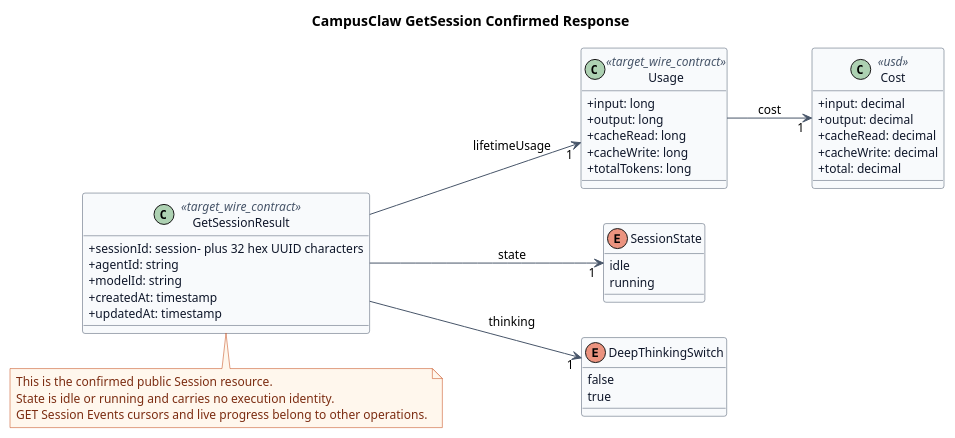
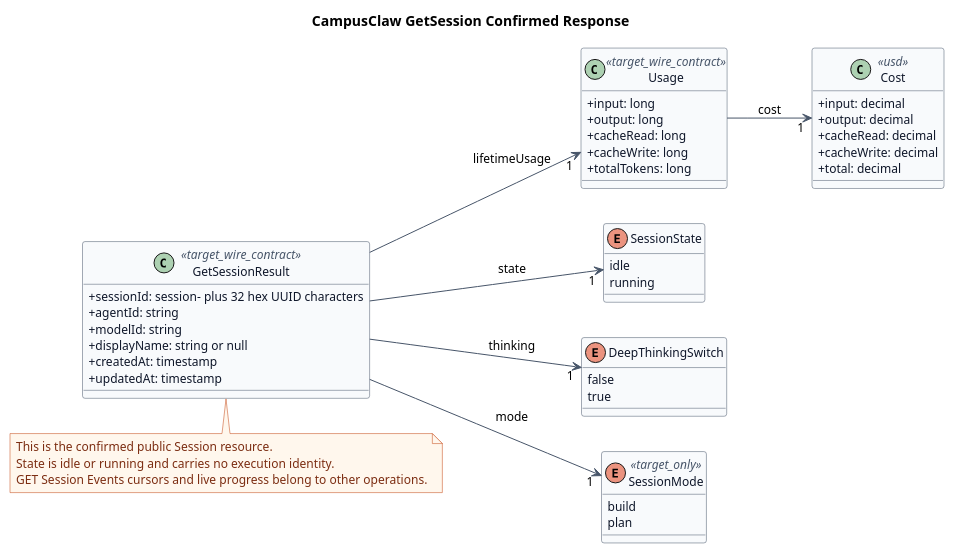
One commit to ssm0808/pi-mono-java-design changed the second of 3 diagrams in 01-总体架构/01-CampusClaw多Agent运行时/设计图/会话生命周期/diagram.puml. Above: the diagram before and after it, drawn with PlantUML. The commit also changed other lines of this file and 49 other files, not shown here.

Commit message:
docs(session): 统一名称模型思考与模式的 POST 更新契约

```diff
--- a/01-总体架构/01-CampusClaw多Agent运行时/设计图/会话生命周期/diagram.puml
+++ b/01-总体架构/01-CampusClaw多Agent运行时/设计图/会话生命周期/diagram.puml
@@ -93,93 +93,104 @@
 @startuml http_get_session_response
 title CampusClaw GetSession Confirmed Response
 
 ' Source evidence (pi-mono 5cd93f688aaab89dbb6dfa4aca535f21796ae185):
 ' packages/protocol/src/schemas.ts, ThinkingLevelSchema, lines 26-35
 ' packages/protocol/src/schemas.ts, SessionPhaseSchema, lines 38-45
 ' packages/protocol/src/schemas.ts, SessionSnapshotSchema, lines 241-258
 ' Source evidence (anthropic-sdk-typescript 64a1e8e285bbcc4cef2b15ebcadccd8e5f6987ff):
 ' src/resources/beta/sessions/sessions.ts, Session, lines 638-710
 ' Source evidence (pi-mono-java PR 167 f60cc3e78bb8b700527ac082c7c8e10524ede095):
 ' modules/coding-agent-cli/src/main/java/com/campusclaw/codingagent/runtimeapi/vo/GetSessionResponseVO.java.
 ' modules/coding-agent-cli/src/main/java/com/campusclaw/codingagent/runtimeapi/session/RuntimeSessionService.java, get.
 ' Source evidence (pi-mono-java PR 167 f60cc3e78bb8b700527ac082c7c8e10524ede095):
 ' modules/coding-agent-cli/src/main/java/com/campusclaw/codingagent/runtimeapi/vo/GetSessionResponseVO.java.
 ' Observed behavior: JsonProperty currently exposes snake_case response fields.
 ' Observed behavior: pi exposes phase, reasoning effort, transcript, attached, and locked
 ' in its protocol snapshot.
 ' Observed behavior: Anthropic exposes a control-plane Session resource without transcript
 ' or an active Run recovery snapshot.
 ' Product constraint: CampusClaw exposes a boolean deep-thinking switch instead of effort levels.
 ' Architecture change: the confirmed response removes the former public active Run pointer.
 ' Architecture change: target response fields use lowerCamelCase and do not accept snake_case aliases.
 ' Architecture change: lifetimeUsage is atomically accumulated in t_session_materialized.
 ' Design reason: Session state is the coarse control-plane signal; GET Session Events and the
 ' initiating POST stream own durable recovery and live execution detail.
-' Observed behavior: these wire-contract fields exist in GetSessionResponseVO.
+' Source evidence (pi-mono-java 09b32d8ea4a4b43b34be302d8b2745bdc417c9a2):
+' modules/coding-agent-cli/src/main/java/com/campusclaw/codingagent/runtimeapi/vo/GetSessionResponseVO.java.
+' Observed behavior: the response has displayName but no mode field.
+' Product constraint: target-only Session mode is independent from coarse execution state.
+' Design reason: GET, unified POST and Command share one complete Session projection.
 
 left to right direction
 skinparam backgroundColor #FFFFFF
 skinparam shadowing false
 skinparam defaultFontName Arial
 skinparam defaultFontSize 12
 skinparam classAttributeIconSize 0
 skinparam class {
   BackgroundColor #F8FAFC
   BorderColor #475569
   ArrowColor #475569
   FontColor #0F172A
   AttributeFontColor #0F172A
   StereotypeFontColor #475569
 }
 skinparam note {
   BackgroundColor #FFF7ED
   BorderColor #C2410C
   FontColor #7C2D12
 }
 skinparam ArrowColor #475569
 
 class GetSessionResult <<target_wire_contract>> {
   +sessionId: session- plus 32 hex UUID characters
   +agentId: string
   +modelId: string
+  +displayName: string or null
   +createdAt: timestamp
   +updatedAt: timestamp
 }
 
 class Usage <<target_wire_contract>> {
   +input: long
   +output: long
   +cacheRead: long
   +cacheWrite: long
   +totalTokens: long
 }
 
 class Cost <<usd>> {
   +input: decimal
   +output: decimal
   +cacheRead: decimal
   +cacheWrite: decimal
   +total: decimal
 }
 
 enum SessionState {
   idle
   running
 }
 
 enum DeepThinkingSwitch {
   false
   true
 }
 
+enum SessionMode <<target_only>> {
+  build
+  plan
+}
+
+GetSessionResult --> "1" SessionMode : mode
 GetSessionResult --> "1" SessionState : state
 GetSessionResult --> "1" DeepThinkingSwitch : thinking
 GetSessionResult --> "1" Usage : lifetimeUsage
 Usage --> "1" Cost : cost
 
 note bottom of GetSessionResult
 This is the confirmed public Session resource.
 State is idle or running and carries no execution identity.
 GET Session Events cursors and live progress belong to other operations.
 end note
 @enduml
```
